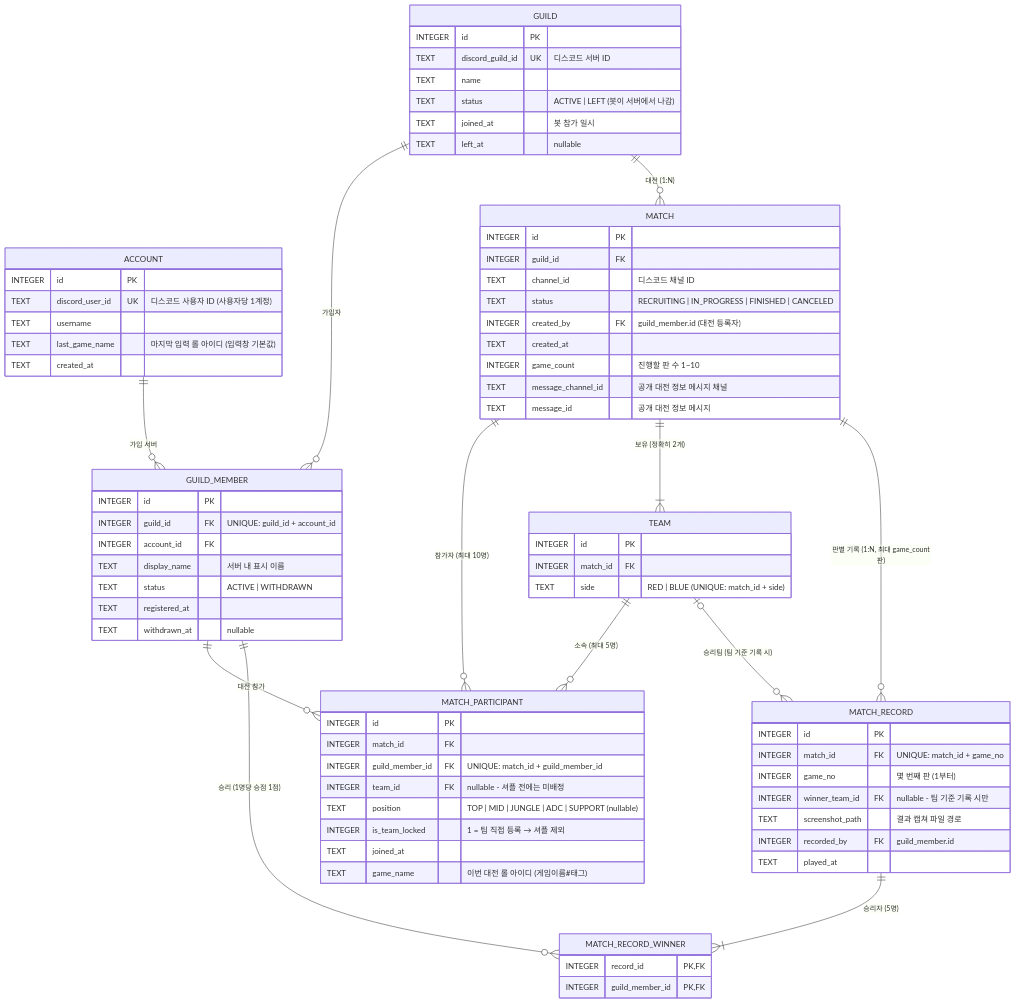
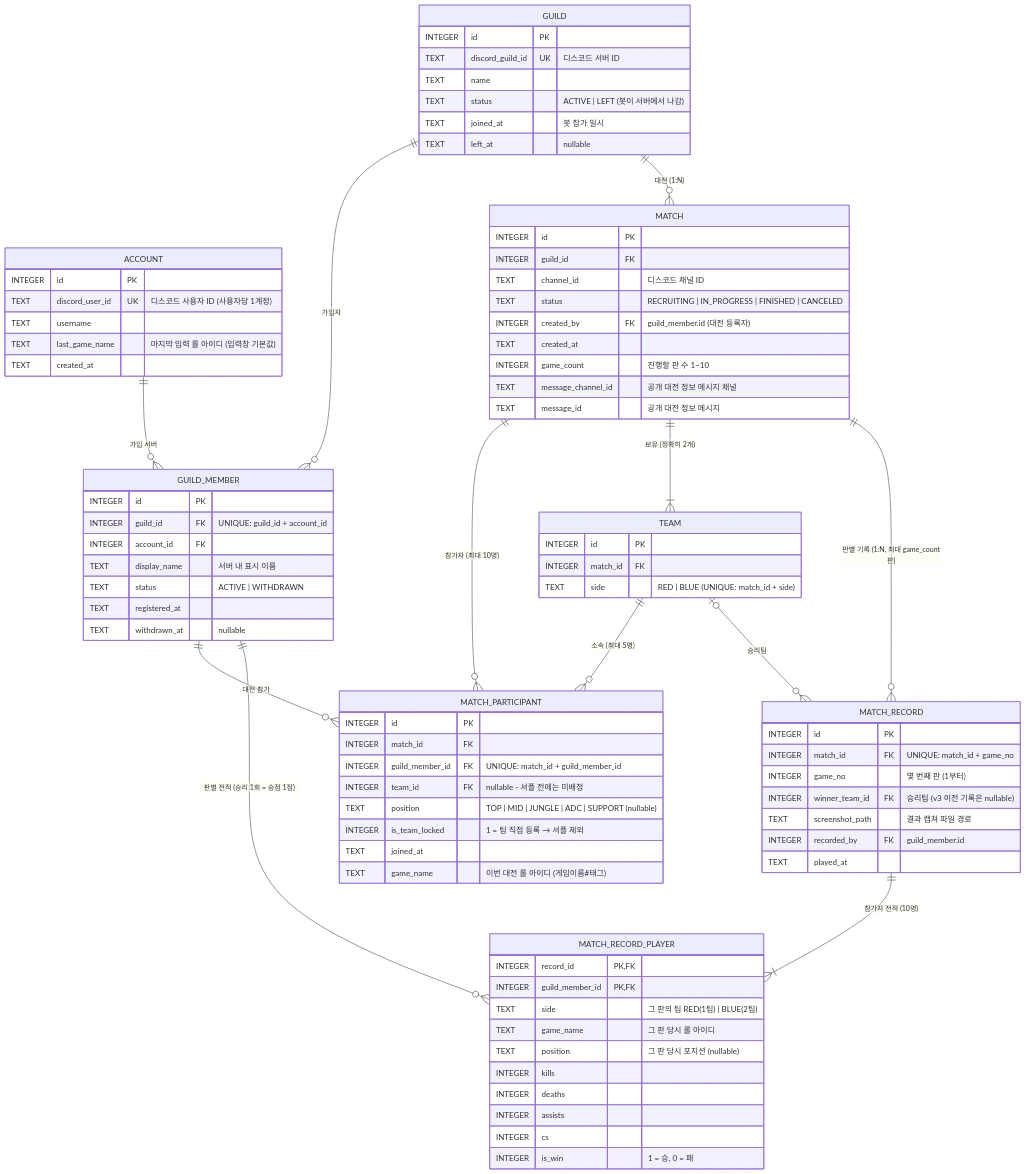
The diagram in CLAUDE.md (RedPanda6801/movie_app_notebook), drawn with Mermaid before and after one commit. The commit also changed other lines of this file and 26 other files, not shown here.

First line of the commit message:
Add per-player game stats (team, K/D/A, CS, win) and 전적관리 panel

````diff
--- a/CLAUDE.md
+++ b/CLAUDE.md
@@ -97,9 +110,9 @@
     MATCH        ||--|{ TEAM              : "보유 (정확히 2개)"
     TEAM         ||--o{ MATCH_PARTICIPANT : "소속 (최대 5명)"
     MATCH        ||--o{ MATCH_RECORD      : "판별 기록 (1:N, 최대 game_count판)"
-    MATCH_RECORD ||--|{ MATCH_RECORD_WINNER : "승리자 (5명)"
-    GUILD_MEMBER ||--o{ MATCH_RECORD_WINNER : "승리 (1명당 승점 1점)"
-    TEAM         |o--o{ MATCH_RECORD      : "승리팀 (팀 기준 기록 시)"
+    MATCH_RECORD ||--|{ MATCH_RECORD_PLAYER : "참가자 전적 (10명)"
+    GUILD_MEMBER ||--o{ MATCH_RECORD_PLAYER : "판별 전적 (승리 1회 = 승점 1점)"
+    TEAM         |o--o{ MATCH_RECORD      : "승리팀"
 
     GUILD {
         INTEGER id PK
@@ -161,14 +174,22 @@
         INTEGER id PK
         INTEGER match_id        FK "UNIQUE: match_id + game_no"
         INTEGER game_no         "몇 번째 판 (1부터)"
-        INTEGER winner_team_id  FK "nullable - 팀 기준 기록 시만"
+        INTEGER winner_team_id  FK "승리팀 (v3 이전 기록은 nullable)"
         TEXT    screenshot_path "결과 캡쳐 파일 경로"
         INTEGER recorded_by     FK "guild_member.id"
         TEXT    played_at
     }
 
-    MATCH_RECORD_WINNER {
+    MATCH_RECORD_PLAYER {
         INTEGER record_id       PK, FK
         INTEGER guild_member_id PK, FK
+        TEXT    side      "그 판의 팀 RED(1팀) | BLUE(2팀)"
+        TEXT    game_name "그 판 당시 롤 아이디"
+        TEXT    position  "그 판 당시 포지션 (nullable)"
+        INTEGER kills
+        INTEGER deaths
+        INTEGER assists
+        INTEGER cs
+        INTEGER is_win    "1 = 승, 0 = 패"
     }
 ```
````
